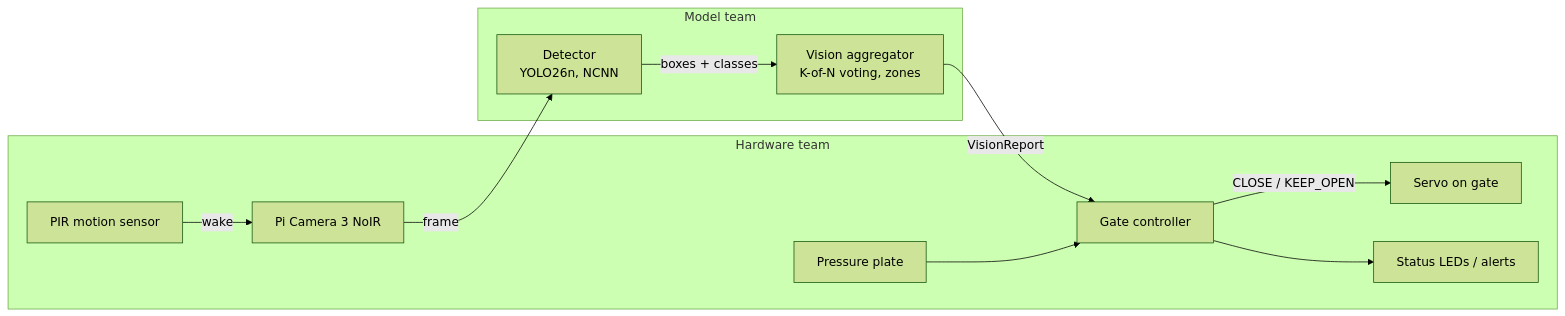
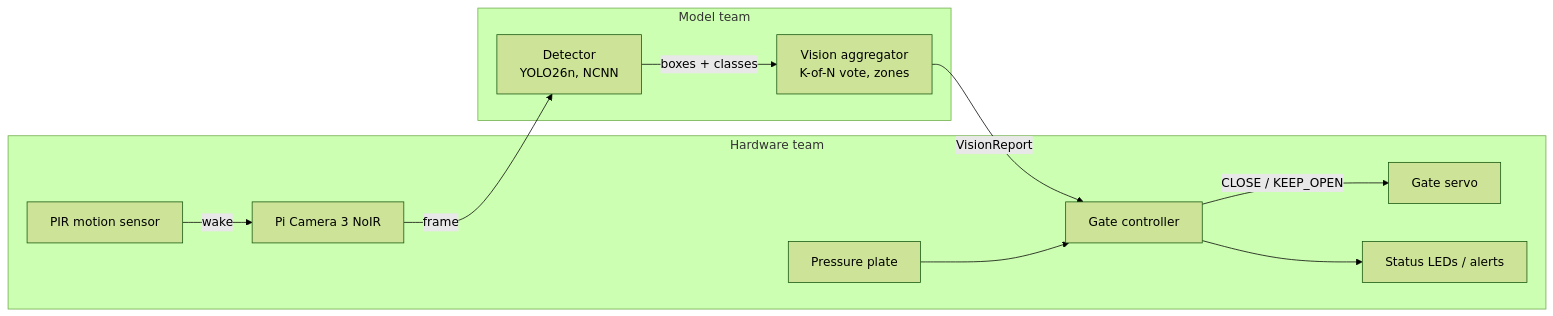
Before and after one commit to sudikshadas1/scout: the diagram in README.md, drawn with Mermaid (forest theme). The commit also changed other lines of this file and 3 other files, not shown here.

````diff
--- a/README.md
+++ b/README.md
@@ -24,23 +28,23 @@
 ```mermaid
 flowchart LR
     PIR[PIR motion sensor] -->|wake| CAM[Pi Camera 3 NoIR]
     CAM -->|frame| DET[Detector<br/>YOLO26n, NCNN]
-    DET -->|boxes + classes| AGG[Vision aggregator<br/>K-of-N voting, zones]
+    DET -->|boxes + classes| AGG[Vision aggregator<br/>K-of-N vote, zones]
     AGG -->|VisionReport| GATE[Gate controller]
     PLATE[Pressure plate] --> GATE
-    GATE -->|CLOSE / KEEP_OPEN| SERVO[Servo on gate]
+    GATE -->|CLOSE / KEEP_OPEN| SERVO[Gate servo]
     GATE --> LED[Status LEDs / alerts]
 
     subgraph Model team
       DET
       AGG
     end
     subgraph Hardware team
       PIR
       CAM
       PLATE
       GATE
       SERVO
       LED
     end
 ```
````
